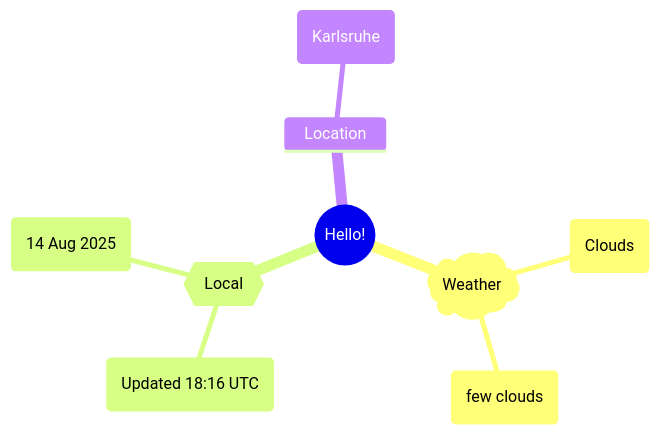
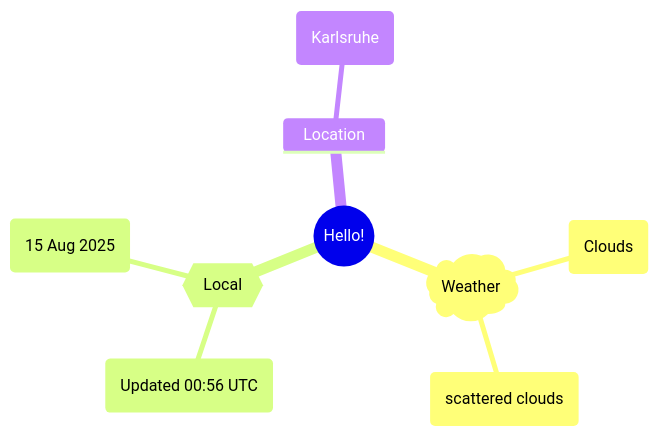
The first of 2 diagrams in README.md (Xosrov/Xosrov), drawn with Mermaid before and after one commit.

Commit message:
[bot] updated images

````diff
--- a/README.md
+++ b/README.md
@@ -3,12 +3,12 @@
 ```mermaid
 mindmap
   root((Hello!))
     )Weather(
         (Clouds)
-        (few clouds)
+        (scattered clouds)
     {{Local}}
-        (Updated 18:16 UTC)
-        (14 Aug 2025)
+        (Updated 00:56 UTC)
+        (15 Aug 2025)
     Location
         (Karlsruhe)
 ```
````
